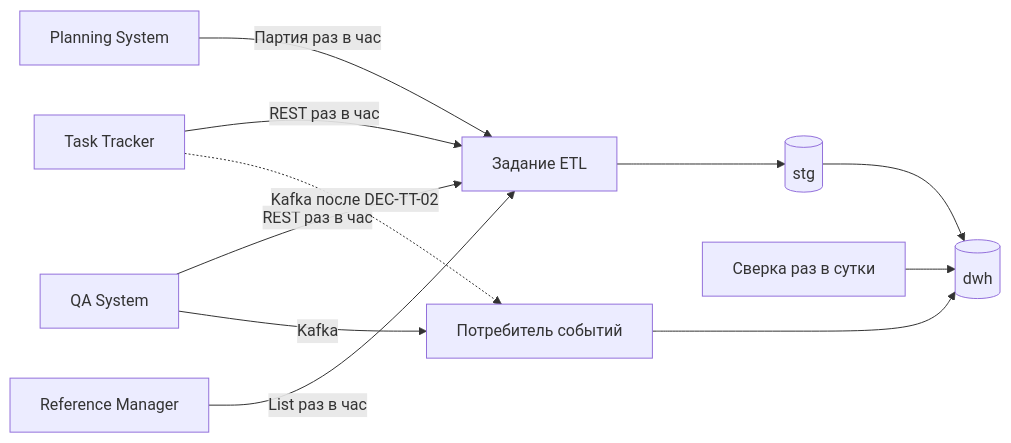
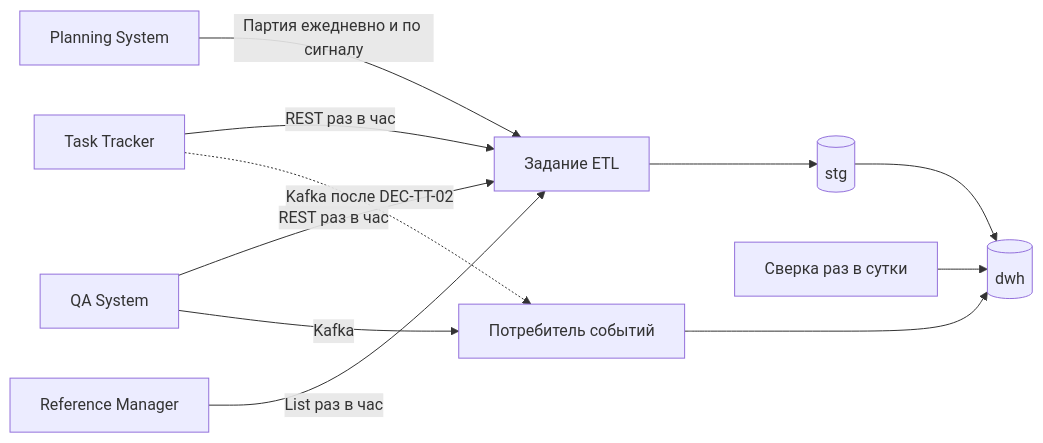
One commit to MEPhI-C22-501/arch-info-system-monorepo changed the diagram in reports/docs/162.integration-spec.md. Above: the diagram before and after it, drawn with Mermaid. The commit also changed other lines of this file and 20 other files, not shown here.

````diff
--- a/reports/docs/162.integration-spec.md
+++ b/reports/docs/162.integration-spec.md
@@ -35,13 +35,13 @@
 ```mermaid
 flowchart LR
     TT["Task Tracker"] -->|"REST раз в час"| E["Задание ETL"]
     QA["QA System"] -->|"REST раз в час"| E
-    PS["Planning System"] -->|"Партия раз в час"| E
+    PS["Planning System"] -->|"Партия ежедневно и по сигналу"| E
     RM["Reference Manager"] -->|"List раз в час"| E
     QA -->|"Kafka"| C["Потребитель событий"]
     TT -.->|"Kafka после DEC-TT-02"| C
     E --> STG[("stg")]
     STG --> DWH[("dwh")]
     C --> DWH
     S["Сверка раз в сутки"] --> DWH
 ```
````
